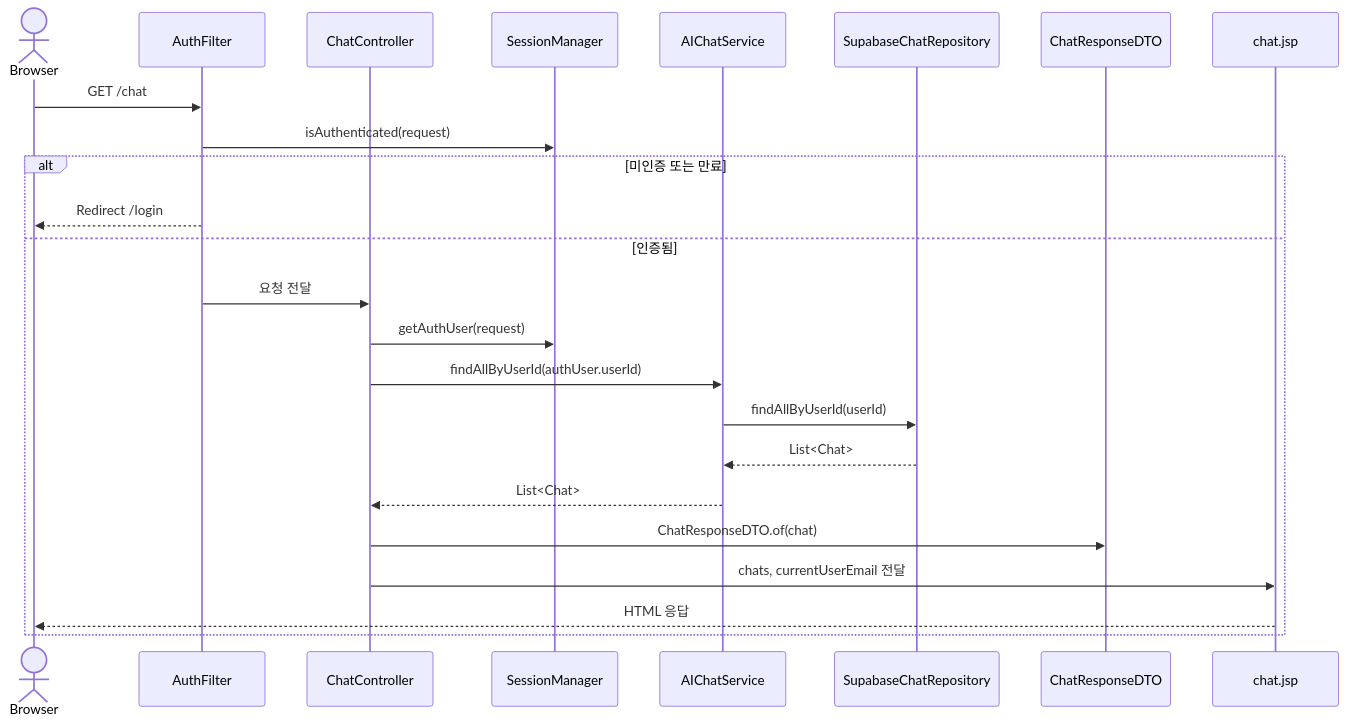
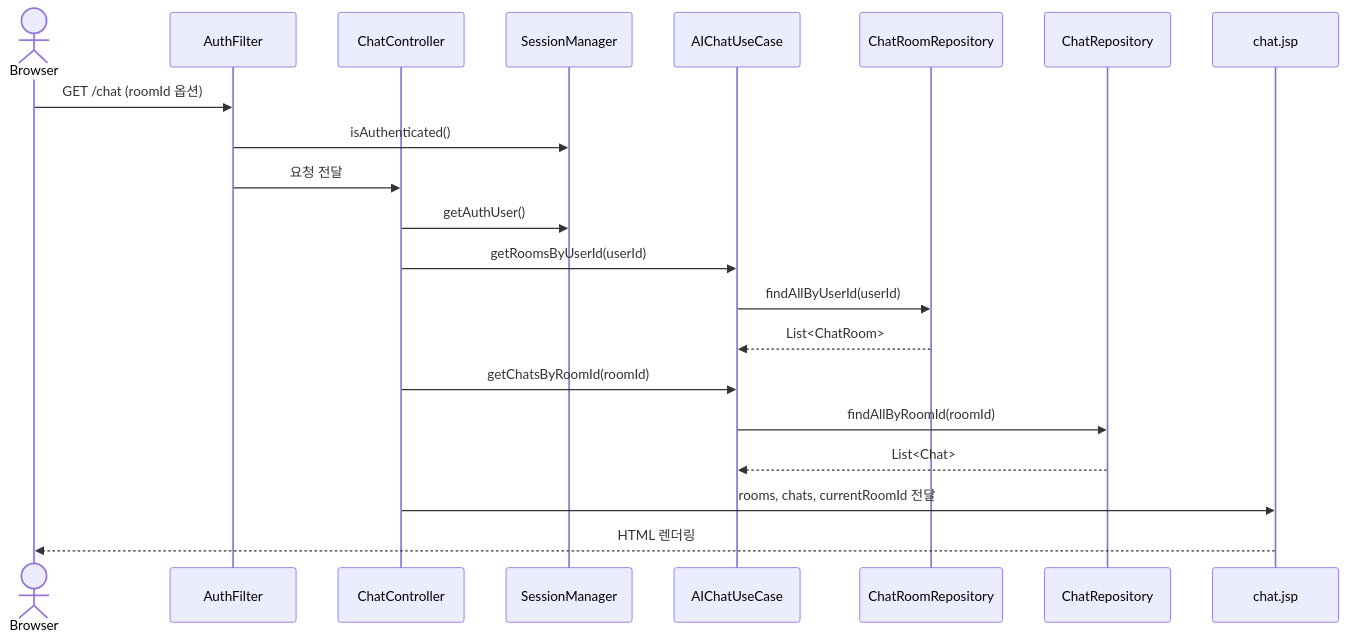
The first of 2 diagrams in docs/dataFlow/data_flow.md (AIBE7-Dev2gether/mini_project_chatBot), drawn with Mermaid before and after one commit. The commit also changed other lines of this file and 8 other files, not shown here.

````diff
--- a/docs/dataFlow/data_flow.md
+++ b/docs/dataFlow/data_flow.md
@@ -89,27 +21,24 @@
 ```mermaid
 sequenceDiagram
     actor Client as Browser
     participant AuthFilter
     participant ChatController
     participant SessionManager
-    participant ChatService as AIChatService
-    participant ChatRepo as SupabaseChatRepository
-    participant DTO as ChatResponseDTO
+    participant ChatUseCase as AIChatUseCase
+    participant RoomRepo as ChatRoomRepository
+    participant ChatRepo as ChatRepository
     participant View as chat.jsp
 
-    Client->>AuthFilter: GET /chat
-    AuthFilter->>SessionManager: isAuthenticated(request)
-    alt 미인증 또는 만료
-        AuthFilter-->>Client: Redirect /login
-    else 인증됨
-        AuthFilter->>ChatController: 요청 전달
-        ChatController->>SessionManager: getAuthUser(request)
-        ChatController->>ChatService: findAllByUserId(authUser.userId)
-        ChatService->>ChatRepo: findAllByUserId(userId)
-        ChatRepo-->>ChatService: List<Chat>
-        ChatService-->>ChatController: List<Chat>
-        ChatController->>DTO: ChatResponseDTO.of(chat)
-        ChatController->>View: chats, currentUserEmail 전달
-        View-->>Client: HTML 응답
-    end
+    Client->>AuthFilter: GET /chat (roomId 옵션)
+    AuthFilter->>SessionManager: isAuthenticated()
+    AuthFilter->>ChatController: 요청 전달
+    ChatController->>SessionManager: getAuthUser()
+    ChatController->>ChatUseCase: getRoomsByUserId(userId)
+    ChatUseCase->>RoomRepo: findAllByUserId(userId)
+    RoomRepo-->>ChatUseCase: List<ChatRoom>
+    ChatController->>ChatUseCase: getChatsByRoomId(roomId)
+    ChatUseCase->>ChatRepo: findAllByRoomId(roomId)
+    ChatRepo-->>ChatUseCase: List<Chat>
+    ChatController->>View: rooms, chats, currentRoomId 전달
+    View-->>Client: HTML 렌더링
 ```
````
